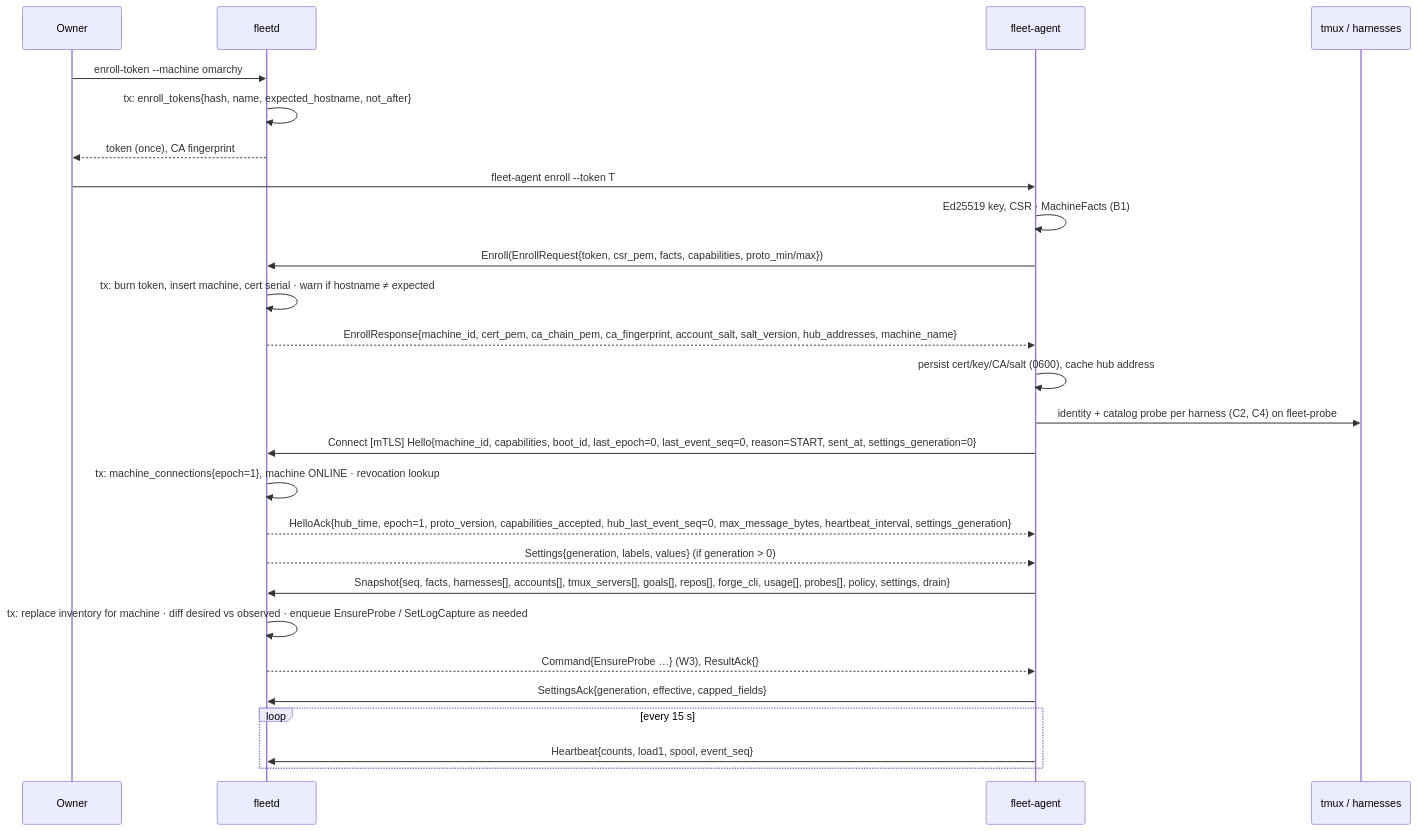
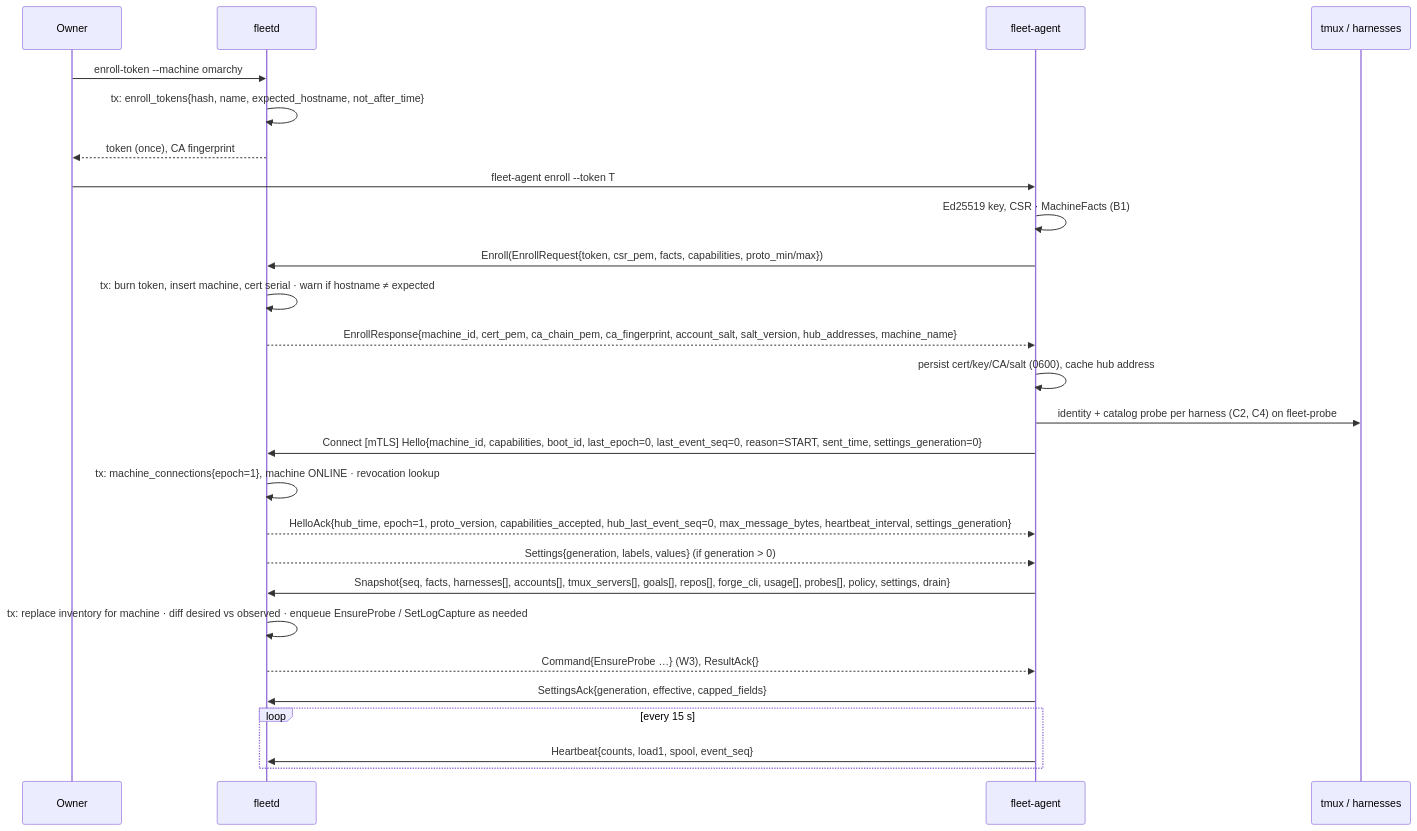
Before and after one commit to linuxdynasty/fleet-board: the first of 4 diagrams in docs/specs/03-workflows.md, drawn with Mermaid. The commit also changed other lines of this file and 52 other files, not shown here.

````diff
--- a/docs/specs/03-workflows.md
+++ b/docs/specs/03-workflows.md
@@ -87,28 +87,28 @@
 ```mermaid
 sequenceDiagram
   participant O as Owner
   participant H as fleetd
   participant A as fleet-agent
   participant T as tmux / harnesses
   O->>H: enroll-token --machine omarchy
-  H->>H: tx: enroll_tokens{hash, name, expected_hostname, not_after}
+  H->>H: tx: enroll_tokens{hash, name, expected_hostname, not_after_time}
   H-->>O: token (once), CA fingerprint
   O->>A: fleet-agent enroll --token T
   A->>A: Ed25519 key, CSR · MachineFacts (B1)
   A->>H: Enroll(EnrollRequest{token, csr_pem, facts, capabilities, proto_min/max})
   H->>H: tx: burn token, insert machine, cert serial · warn if hostname ≠ expected
   H-->>A: EnrollResponse{machine_id, cert_pem, ca_chain_pem, ca_fingerprint, account_salt, salt_version, hub_addresses, machine_name}
   A->>A: persist cert/key/CA/salt (0600), cache hub address
   A->>T: identity + catalog probe per harness (C2, C4) on fleet-probe
-  A->>H: Connect [mTLS] Hello{machine_id, capabilities, boot_id, last_epoch=0, last_event_seq=0, reason=START, sent_at, settings_generation=0}
+  A->>H: Connect [mTLS] Hello{machine_id, capabilities, boot_id, last_epoch=0, last_event_seq=0, reason=START, sent_time, settings_generation=0}
   H->>H: tx: machine_connections{epoch=1}, machine ONLINE · revocation lookup
   H-->>A: HelloAck{hub_time, epoch=1, proto_version, capabilities_accepted, hub_last_event_seq=0, max_message_bytes, heartbeat_interval, settings_generation}
   H-->>A: Settings{generation, labels, values} (if generation > 0)
   A->>H: Snapshot{seq, facts, harnesses[], accounts[], tmux_servers[], goals[], repos[], forge_cli, usage[], probes[], policy, settings, drain}
   H->>H: tx: replace inventory for machine · diff desired vs observed · enqueue EnsureProbe / SetLogCapture as needed
   H-->>A: Command{EnsureProbe …} (W3), ResultAck{}
   A->>H: SettingsAck{generation, effective, capped_fields}
   loop every 15 s
     A->>H: Heartbeat{counts, load1, spool, event_seq}
   end
 ```
````
